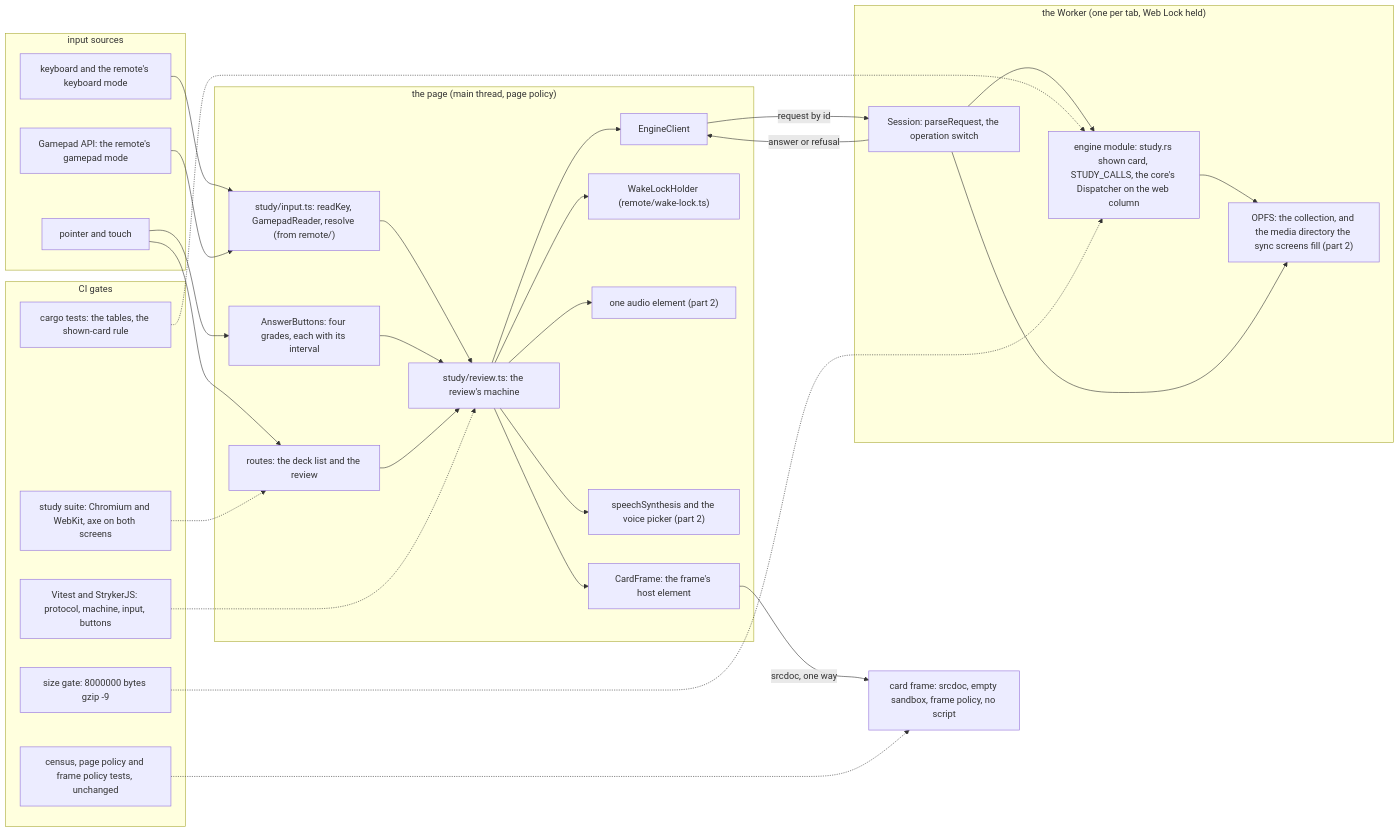
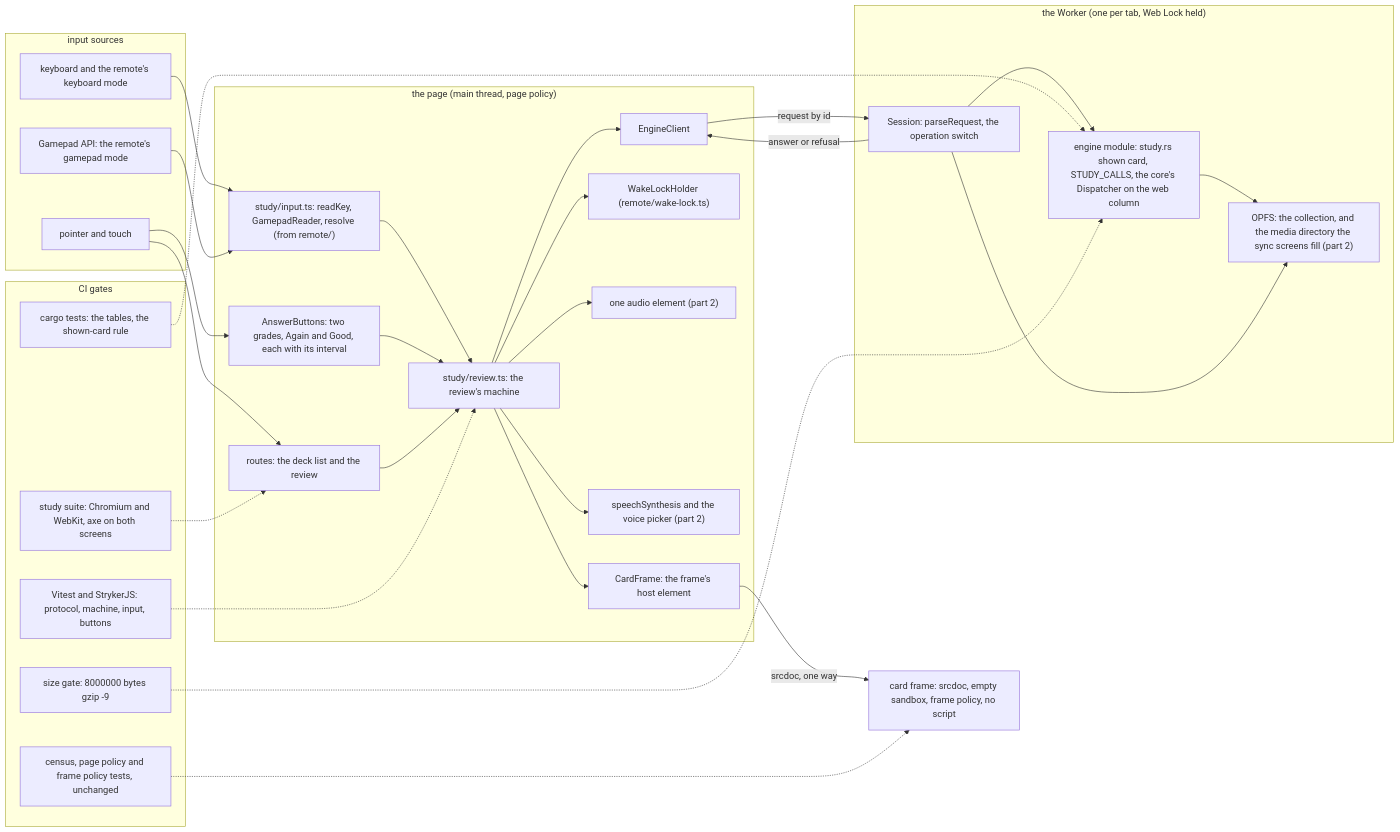
One commit to RexRenatus/deck-streak changed the first of 5 diagrams in docs/schematics/web-study-screens.md. Above: the diagram before and after it, drawn with Mermaid. The commit also changed other lines of this file and 3 other files, not shown here.

Commit message:
docs(study): spec and decision for two grades on the web review

````diff
--- a/docs/schematics/web-study-screens.md
+++ b/docs/schematics/web-study-screens.md
@@ -14,61 +14,61 @@
 ```mermaid
 flowchart LR
   subgraph inputs["input sources"]
     keys["keyboard and the remote's keyboard mode"]
     pad["Gamepad API: the remote's gamepad mode"]
     touch["pointer and touch"]
   end
 
   subgraph page["the page (main thread, page policy)"]
     routes["routes: the deck list and the review"]
     input["study/input.ts: readKey, GamepadReader, resolve (from remote/)"]
     machine["study/review.ts: the review's machine"]
-    buttons["AnswerButtons: four grades, each with its interval"]
+    buttons["AnswerButtons: two grades, Again and Good, each with its interval"]
     host["CardFrame: the frame's host element"]
     lock["WakeLockHolder (remote/wake-lock.ts)"]
     audio["one audio element (part 2)"]
     speech["speechSynthesis and the voice picker (part 2)"]
     client["EngineClient"]
   end
 
   subgraph worker["the Worker (one per tab, Web Lock held)"]
     session["Session: parseRequest, the operation switch"]
     engine["engine module: study.rs shown card, STUDY_CALLS, the core's Dispatcher on the web column"]
     opfs["OPFS: the collection, and the media directory the sync screens fill (part 2)"]
   end
 
   frame["card frame: srcdoc, empty sandbox, frame policy, no script"]
 
   subgraph ci["CI gates"]
     cargo["cargo tests: the tables, the shown-card rule"]
     vitest["Vitest and StrykerJS: protocol, machine, input, buttons"]
     guards["census, page policy and frame policy tests, unchanged"]
     size["size gate: 8000000 bytes gzip -9"]
     suite["study suite: Chromium and WebKit, axe on both screens"]
   end
 
   keys --> input
   pad --> input
   touch --> buttons
   touch --> routes
   input --> machine
   buttons --> machine
   routes --> machine
   machine --> client
   machine --> host
   machine --> lock
   machine --> audio
   machine --> speech
   client -- "request by id" --> session
   session -- "answer or refusal" --> client
   session --> engine
   engine --> opfs
   session --> opfs
   host -- "srcdoc, one way" --> frame
 
   cargo -.-> engine
   vitest -.-> machine
   guards -.-> frame
   size -.-> engine
   suite -.-> routes
 ```
````
